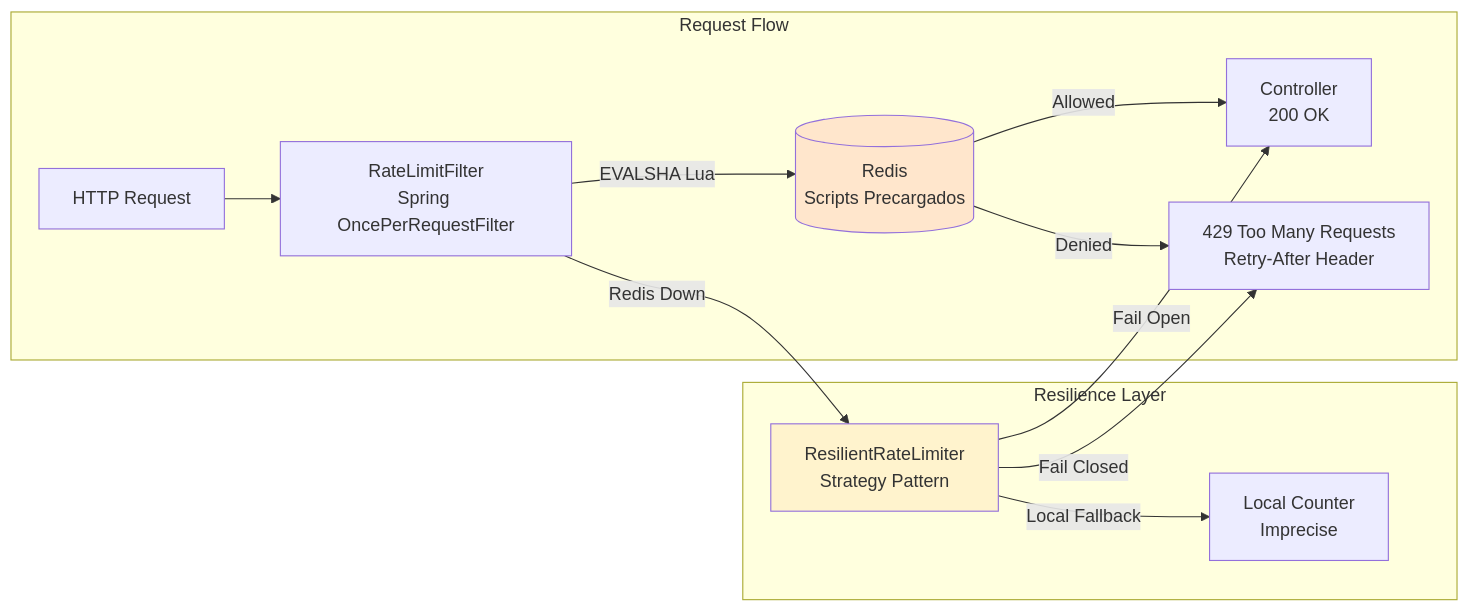
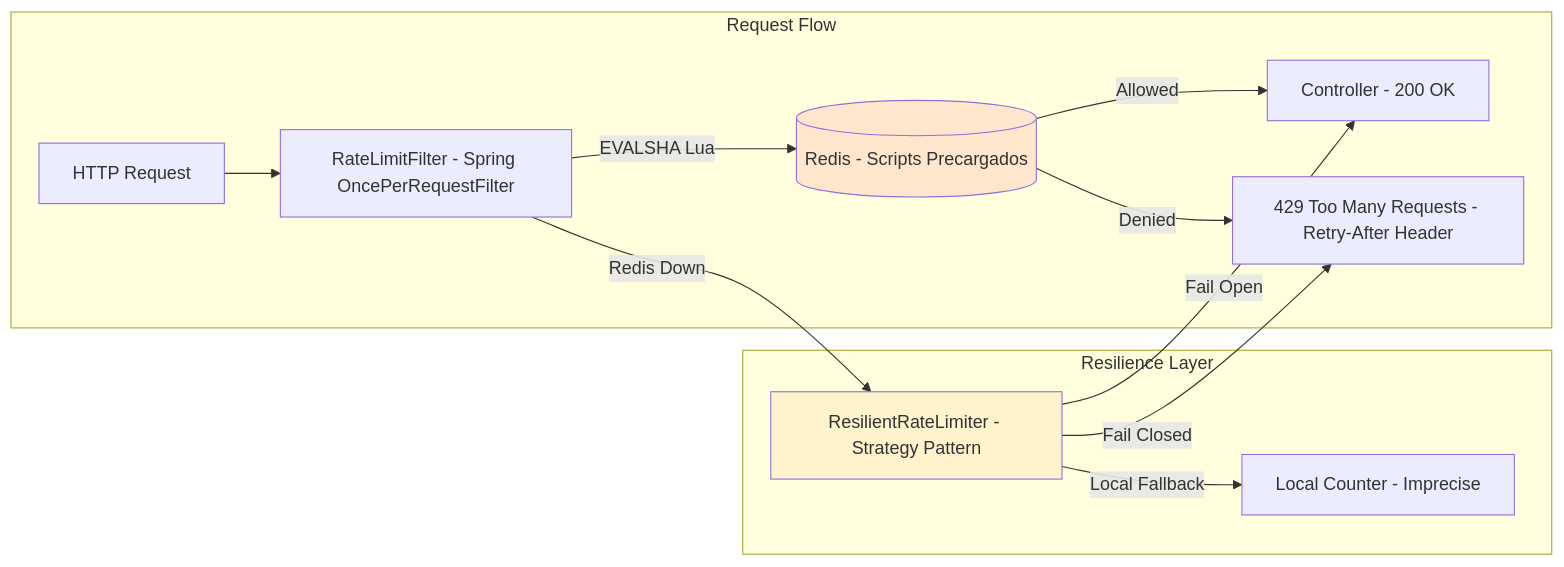
The second of 3 diagrams in 02_Arquitectura/rate_limiter_distribuido_con_redis_y_java_21_STAFF.md (Joaquinriosheredia/DAM-Java-Mastery), drawn with Mermaid before and after one commit. The commit also changed other lines of this file, not shown here.

Commit message:
rate_limiter_distribuido_con_redis_y_java_21_STAFF.md

````diff
--- a/02_Arquitectura/rate_limiter_distribuido_con_redis_y_java_21_STAFF.md
+++ b/02_Arquitectura/rate_limiter_distribuido_con_redis_y_java_21_STAFF.md
@@ -107,19 +126,19 @@
 ```mermaid
 graph LR
     subgraph "Request Flow"
-        REQ[HTTP Request] --> FILTER[RateLimitFilter\nSpring OncePerRequestFilter]
-        FILTER -->|EVALSHA Lua| REDIS[(Redis\nScripts Precargados)]
-        REDIS -->|Allowed| CTRL[Controller\n200 OK]
-        REDIS -->|Denied| ERR[429 Too Many Requests\nRetry-After Header]
+        REQ[HTTP Request] --> FILTER[RateLimitFilter - Spring OncePerRequestFilter]
+        FILTER -->|EVALSHA Lua| REDIS[(Redis - Scripts Precargados)]
+        REDIS -->|Allowed| CTRL[Controller - 200 OK]
+        REDIS -->|Denied| ERR[429 Too Many Requests - Retry-After Header]
     end
 
     subgraph "Resilience Layer"
-        FILTER -->|Redis Down| FALLBACK[ResilientRateLimiter\nStrategy Pattern]
+        FILTER -->|Redis Down| FALLBACK[ResilientRateLimiter - Strategy Pattern]
         FALLBACK -->|Fail Open| CTRL
         FALLBACK -->|Fail Closed| ERR
-        FALLBACK -->|Local Fallback| LOCAL[Local Counter\nImprecise]
+        FALLBACK -->|Local Fallback| LOCAL[Local Counter - Imprecise]
     end
 
     style REDIS fill:#ffe6cc
     style FALLBACK fill:#fff3cd
 ```
````
